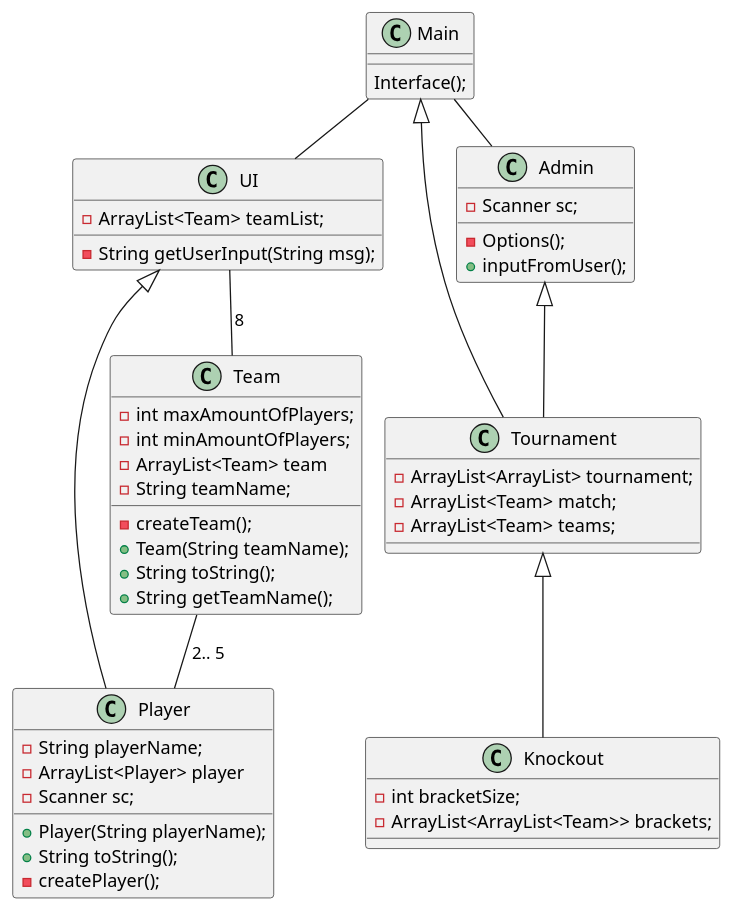
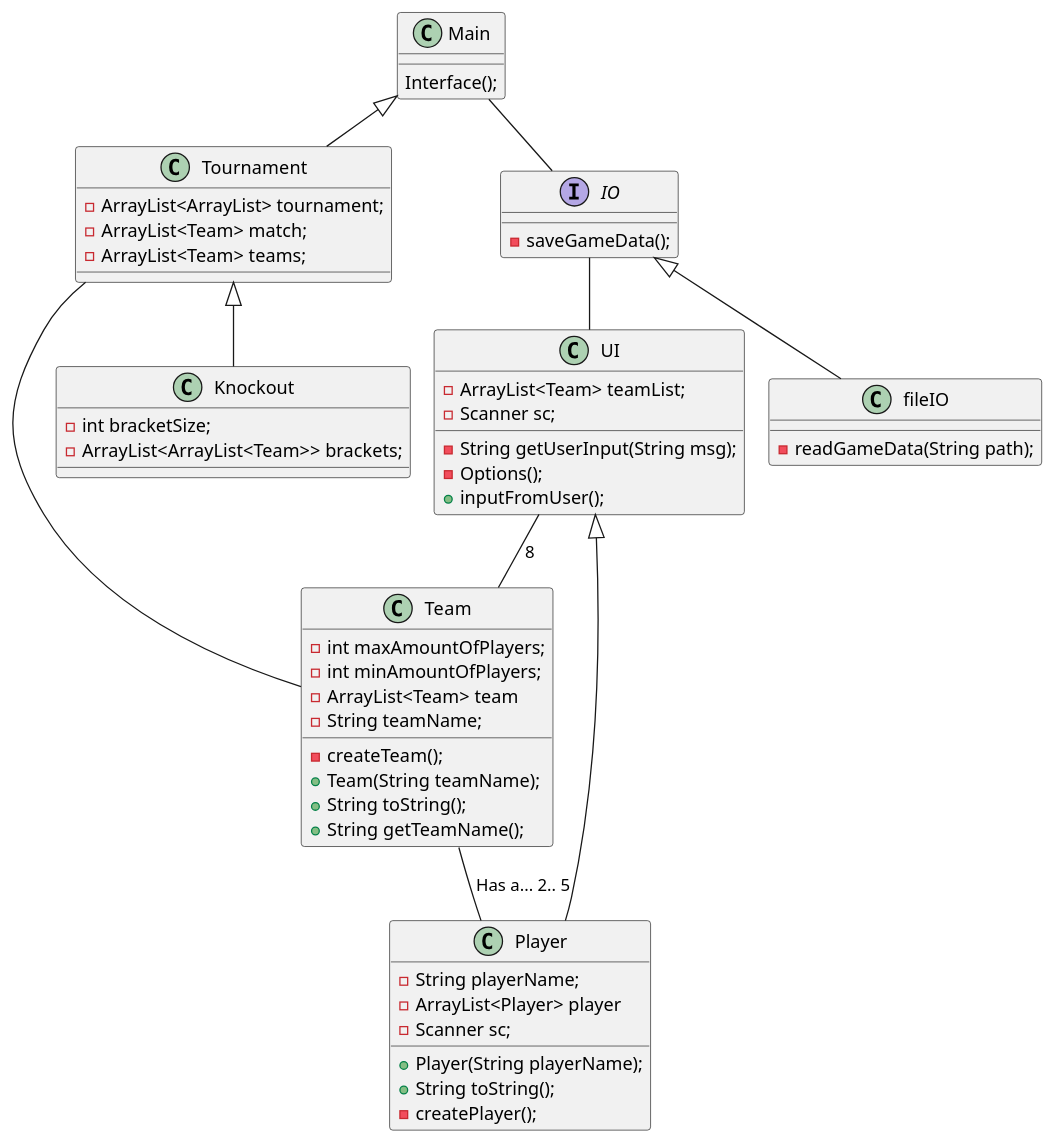
Before and after one commit to AbdullahMarwan/-CPH-SP3-BordTennisTurnering: the diagram in src/PlantUML/Class Diagram.puml, drawn with PlantUML.

Commit message:
IO and fileIO added to class diagram as well as admin removed

```diff
--- a/src/PlantUML/Class Diagram.puml
+++ b/src/PlantUML/Class Diagram.puml
@@ -1,68 +1,76 @@
 @startuml
 !pragma layout smetana
 
 class Main {
     Interface();
 }
 
 class UI {
     - ArrayList<Team> teamList;
     - String getUserInput(String msg);
+    - Scanner sc;
+    - Options();
+    + inputFromUser();
 
 }
 
 class Player {
     - String playerName;
     + Player(String playerName);
     - ArrayList<Player> player
     - Scanner sc;
     + String toString();
     - createPlayer();
 
 }
 
 class Team {
     - int maxAmountOfPlayers;
     - int minAmountOfPlayers;
     - ArrayList<Team> team
     - createTeam();
     - String teamName;
     + Team(String teamName);
     + String toString();
     + String getTeamName();
 
 }
 
 class Knockout {
     - int bracketSize;
     - ArrayList<ArrayList<Team>> brackets;
 
 }
 
 class Tournament {
     - ArrayList<ArrayList> tournament;
     - ArrayList<Team> match;
     - ArrayList<Team> teams;
 
 }
 
-class Admin {
-    - Scanner sc;
-    - Options();
-    + inputFromUser();
 
+interface IO {
+    - saveGameData();
 }
 
-Main -- UI
-Team --Player : 2.. 5
+class fileIO {
+    - readGameData(String path);
+}
 
-Main -- Admin
+
+Main -- IO
+Team --Player : Has a... 2.. 5
+
+IO <|-- fileIO
+IO -- UI
+
+Tournament -- Team
 Tournament <|-- Knockout
-Admin <|-- Tournament
 Main <|-- Tournament
 
 UI <|-- Player
 UI -- Team : 8
 
 
 @enduml
```
